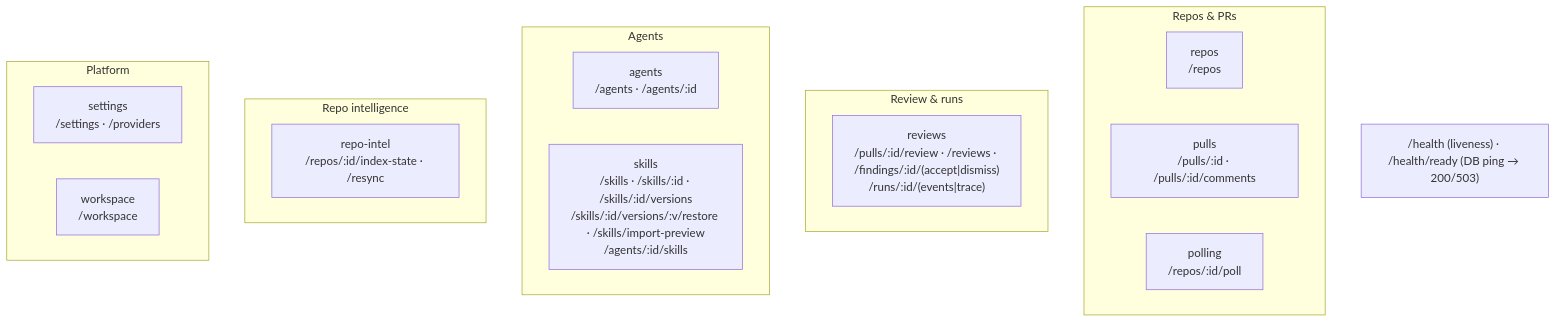
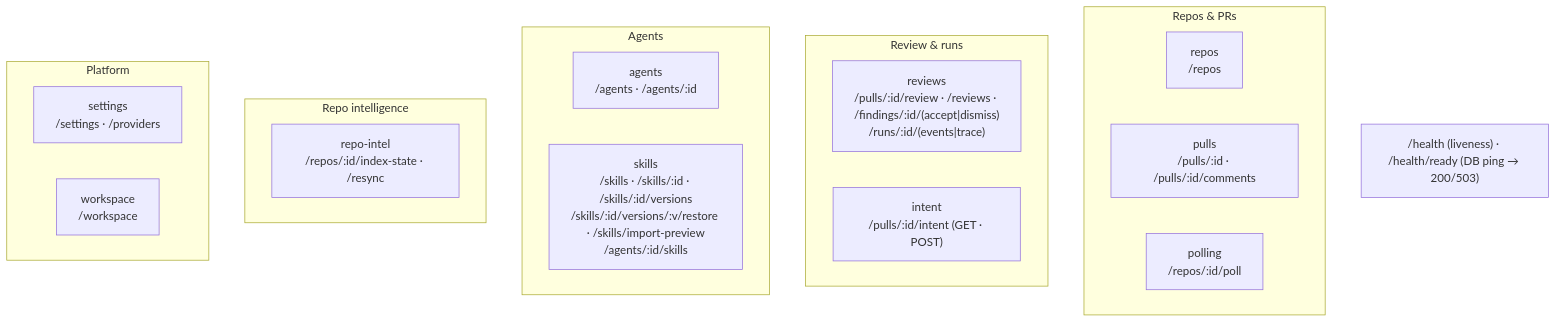
One commit to s-deer/dev-digest changed the second of 2 diagrams in server/README.md. Above: the diagram before and after it, drawn with Mermaid. The commit also changed 77 other files, not shown here.

````diff
--- a/server/README.md
+++ b/server/README.md
@@ -64,23 +64,24 @@
 ```mermaid
 flowchart TB
   subgraph Repos_PRs["Repos & PRs"]
     repos["repos<br/>/repos"]
     pulls["pulls<br/>/pulls/:id · /pulls/:id/comments"]
     polling["polling<br/>/repos/:id/poll"]
   end
   subgraph Review["Review & runs"]
     reviews["reviews<br/>/pulls/:id/review · /reviews · /findings/:id/(accept|dismiss)<br/>/runs/:id/(events|trace)"]
+    intent["intent<br/>/pulls/:id/intent (GET · POST)"]
   end
    subgraph Agents["Agents"]
     agents["agents<br/>/agents · /agents/:id"]
     skills["skills<br/>/skills · /skills/:id · /skills/:id/versions<br/>/skills/:id/versions/:v/restore · /skills/import-preview<br/>/agents/:id/skills"]
    end
   subgraph Intel["Repo intelligence"]
     repoIntel["repo-intel<br/>/repos/:id/index-state · /resync"]
   end
   subgraph Platform["Platform"]
     settings["settings<br/>/settings · /providers"]
     workspace["workspace<br/>/workspace"]
   end
   HEALTH["/health (liveness) · /health/ready (DB ping → 200/503)"]
 ```
````
